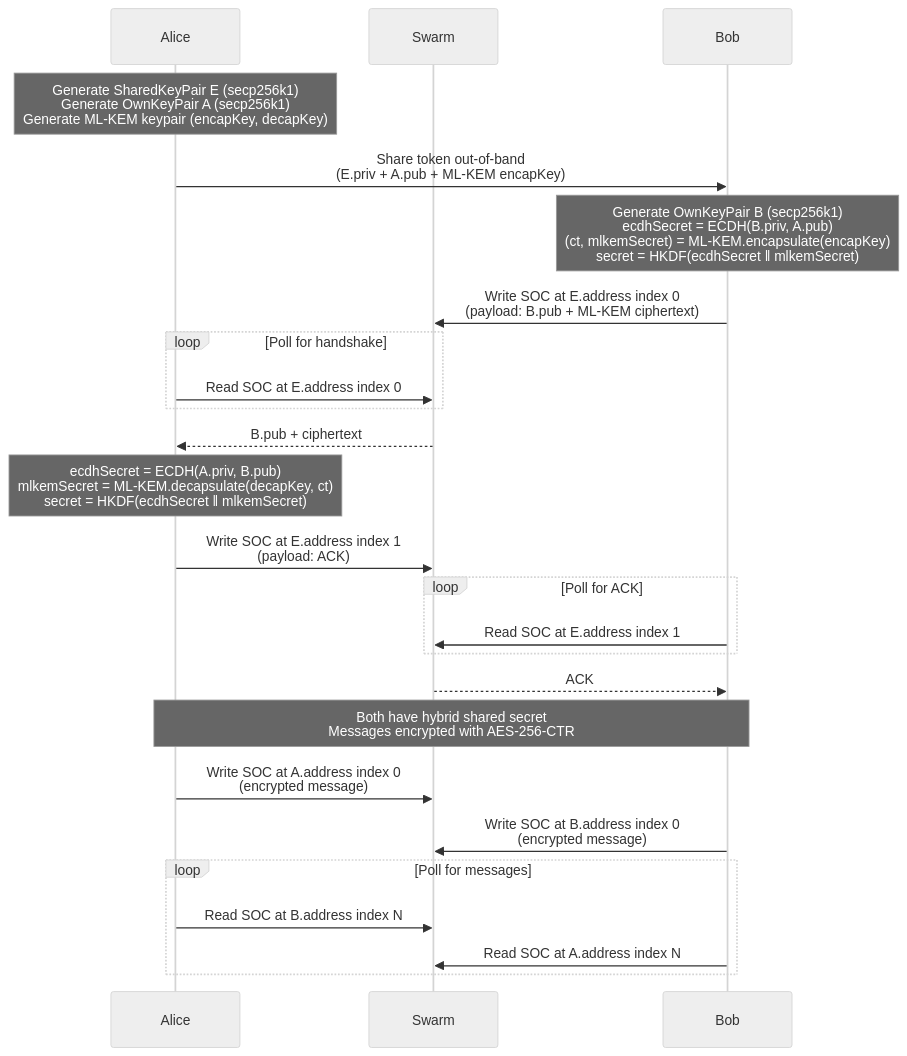
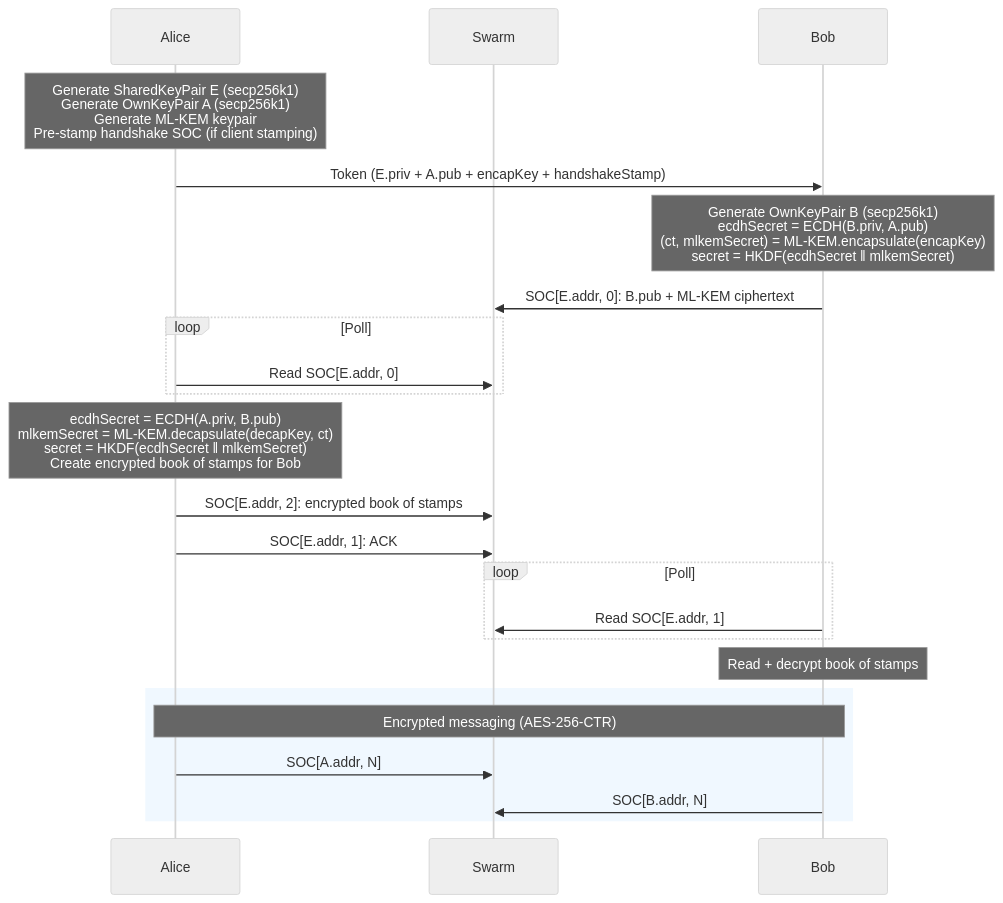
One commit to significance/swapchat-engine changed the diagram in README.md. Above: the diagram before and after it, drawn with Mermaid (neutral theme). The commit also changed other lines of this file, not shown here.

````diff
--- a/README.md
+++ b/README.md
@@ -21,40 +142,35 @@
 ```mermaid
 sequenceDiagram
     participant Alice
     participant Swarm
     participant Bob
 
-    Note over Alice: Generate SharedKeyPair E (secp256k1)<br/>Generate OwnKeyPair A (secp256k1)<br/>Generate ML-KEM keypair (encapKey, decapKey)
+    Note over Alice: Generate SharedKeyPair E (secp256k1)<br/>Generate OwnKeyPair A (secp256k1)<br/>Generate ML-KEM keypair<br/>Pre-stamp handshake SOC (if client stamping)
 
-    Alice->>Bob: Share token out-of-band<br/>(E.priv + A.pub + ML-KEM encapKey)
+    Alice->>Bob: Token (E.priv + A.pub + encapKey + handshakeStamp)
 
     Note over Bob: Generate OwnKeyPair B (secp256k1)<br/>ecdhSecret = ECDH(B.priv, A.pub)<br/>(ct, mlkemSecret) = ML-KEM.encapsulate(encapKey)<br/>secret = HKDF(ecdhSecret ‖ mlkemSecret)
 
-    Bob->>Swarm: Write SOC at E.address index 0<br/>(payload: B.pub + ML-KEM ciphertext)
+    Bob->>Swarm: SOC[E.addr, 0]: B.pub + ML-KEM ciphertext
 
-    loop Poll for handshake
-        Alice->>Swarm: Read SOC at E.address index 0
+    loop Poll
+        Alice->>Swarm: Read SOC[E.addr, 0]
     end
 
-    Swarm-->>Alice: B.pub + ciphertext
+    Note over Alice: ecdhSecret = ECDH(A.priv, B.pub)<br/>mlkemSecret = ML-KEM.decapsulate(decapKey, ct)<br/>secret = HKDF(ecdhSecret ‖ mlkemSecret)<br/>Create encrypted book of stamps for Bob
 
-    Note over Alice: ecdhSecret = ECDH(A.priv, B.pub)<br/>mlkemSecret = ML-KEM.decapsulate(decapKey, ct)<br/>secret = HKDF(ecdhSecret ‖ mlkemSecret)
+    Alice->>Swarm: SOC[E.addr, 2]: encrypted book of stamps
+    Alice->>Swarm: SOC[E.addr, 1]: ACK
 
-    Alice->>Swarm: Write SOC at E.address index 1<br/>(payload: ACK)
-
-    loop Poll for ACK
-        Bob->>Swarm: Read SOC at E.address index 1
+    loop Poll
+        Bob->>Swarm: Read SOC[E.addr, 1]
     end
 
-    Swarm-->>Bob: ACK
+    Note over Bob: Read + decrypt book of stamps
 
-    Note over Alice,Bob: Both have hybrid shared secret<br/>Messages encrypted with AES-256-CTR
-
-    Alice->>Swarm: Write SOC at A.address index 0<br/>(encrypted message)
-    Bob->>Swarm: Write SOC at B.address index 0<br/>(encrypted message)
-
-    loop Poll for messages
-        Alice->>Swarm: Read SOC at B.address index N
-        Bob->>Swarm: Read SOC at A.address index N
+    rect rgb(240,248,255)
+        Note over Alice,Bob: Encrypted messaging (AES-256-CTR)
+        Alice->>Swarm: SOC[A.addr, N]
+        Bob->>Swarm: SOC[B.addr, N]
     end
 ```
````
